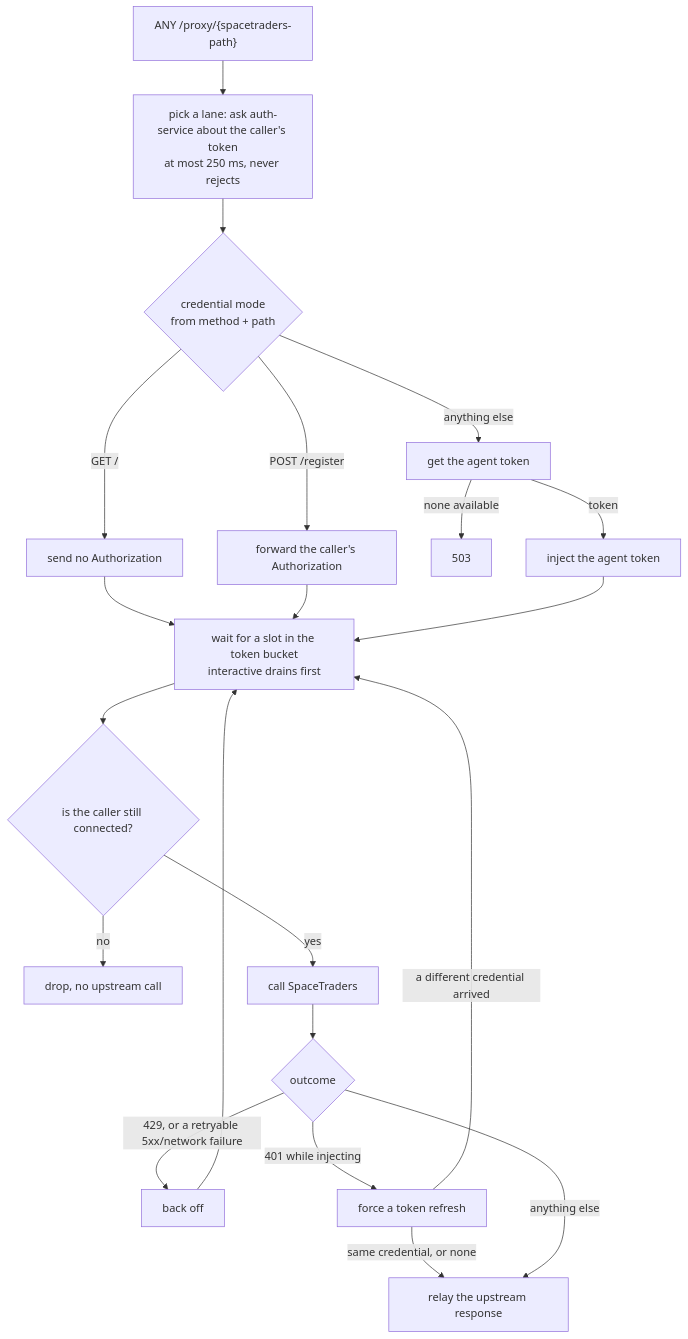
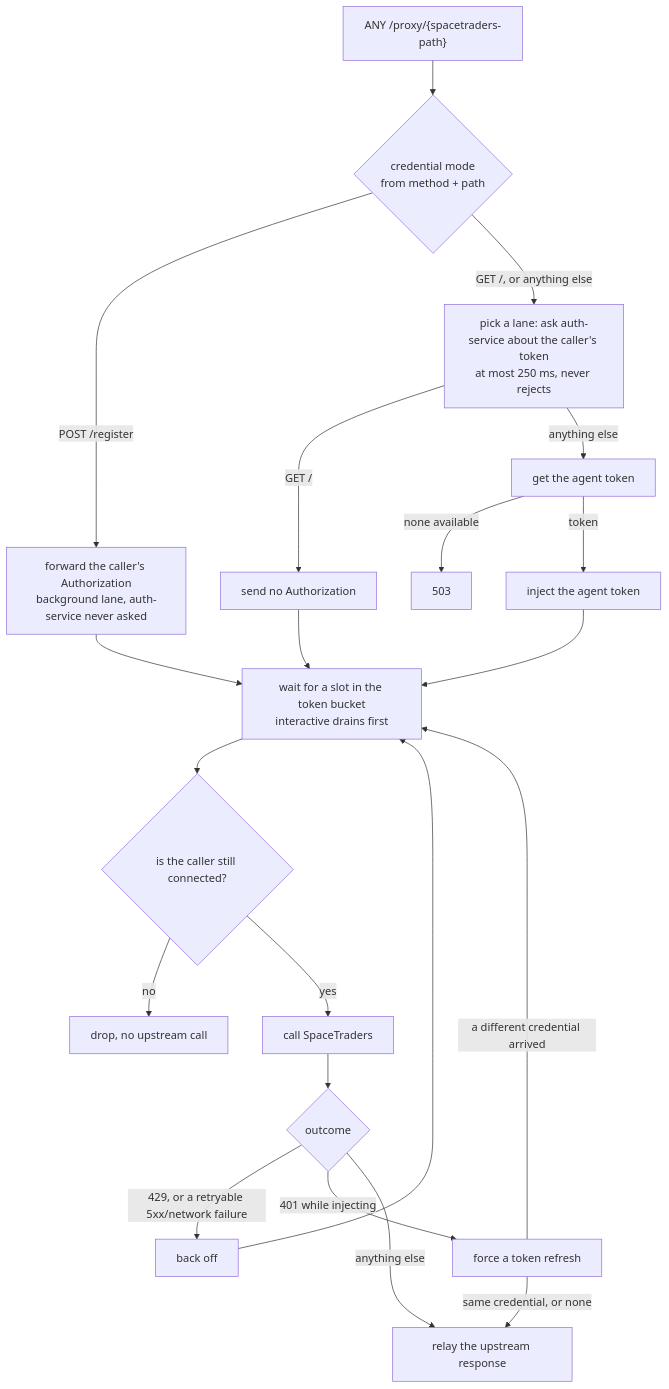
The second of 3 diagrams in README.md (V-M-Pioneer-Trading/st-gateway), drawn with Mermaid before and after one commit. The commit also changed 4 other files, not shown here.

````diff
--- a/README.md
+++ b/README.md
@@ -63,23 +63,23 @@
 ```mermaid
 flowchart TD
-  A["ANY /proxy/{spacetraders-path}"] --> B["pick a lane: ask auth-service about the caller's token<br/>at most 250 ms, never rejects"]
-  B --> C{"credential mode<br/>from method + path"}
-  C -- "GET /" --> D["send no Authorization"]
-  C -- "POST /register" --> E["forward the caller's Authorization"]
-  C -- "anything else" --> F["get the agent token"]
+  A["ANY /proxy/{spacetraders-path}"] --> C{"credential mode<br/>from method + path"}
+  C -- "POST /register" --> E["forward the caller's Authorization<br/>background lane, auth-service never asked"]
+  C -- "GET /, or anything else" --> B["pick a lane: ask auth-service about the caller's token<br/>at most 250 ms, never rejects"]
+  B -- "GET /" --> D["send no Authorization"]
+  B -- "anything else" --> F["get the agent token"]
   F -- "none available" --> G["503"]
   F -- "token" --> H["inject the agent token"]
   D --> Q
   E --> Q
   H --> Q["wait for a slot in the token bucket<br/>interactive drains first"]
   Q --> R{"is the caller still connected?"}
   R -- "no" --> S["drop, no upstream call"]
   R -- "yes" --> T["call SpaceTraders"]
   T --> U{"outcome"}
   U -- "429, or a retryable 5xx/network failure" --> V["back off"]
   U -- "401 while injecting" --> W["force a token refresh"]
   W -- "a different credential arrived" --> Q
   W -- "same credential, or none" --> X["relay the upstream response"]
   U -- "anything else" --> X
   V --> Q
 ```
````
